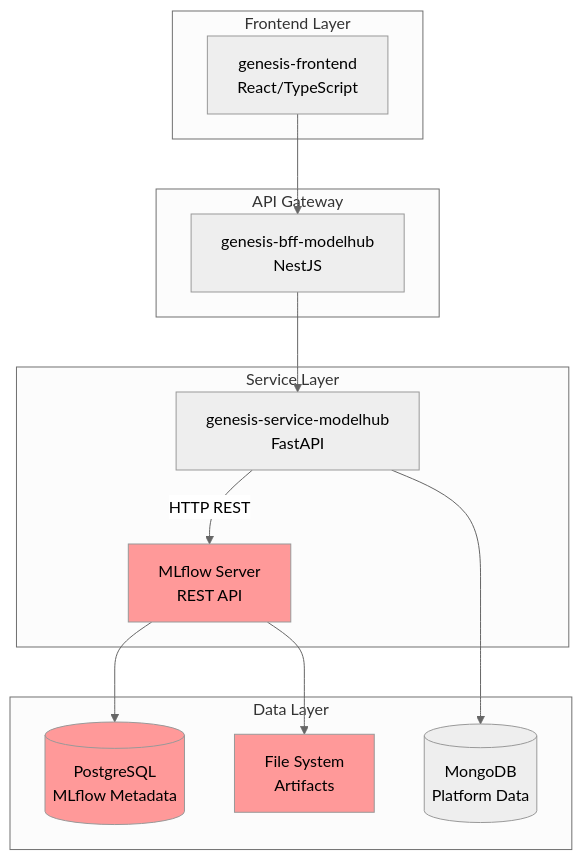
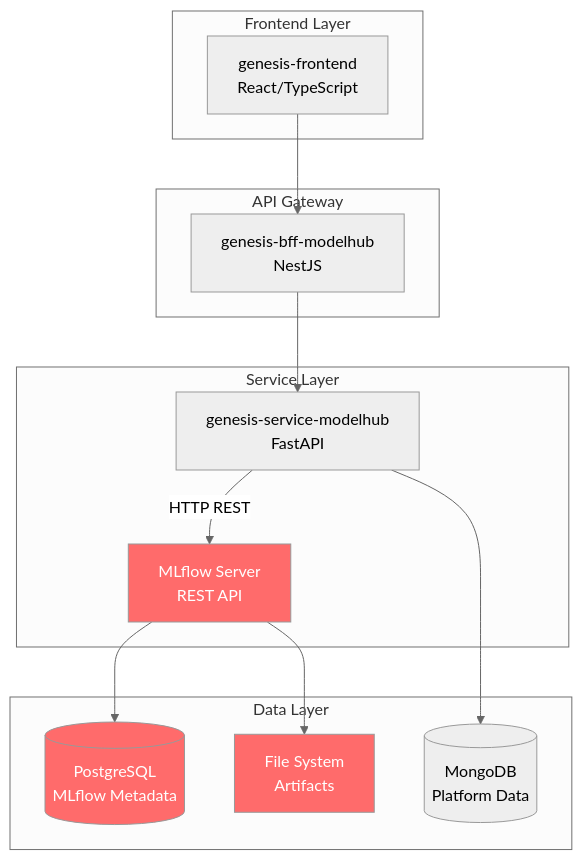
The first of 15 diagrams in GENESIS_FLOW_ARCHITECTURE.md (mlflow/mlflow), drawn with Mermaid (neutral theme) before and after one commit. The commit also changed other lines of this file and 1 other file, not shown here.

First line of the commit message:
Simplify microservices architecture and improve diagram visibility

````diff
--- a/GENESIS_FLOW_ARCHITECTURE.md
+++ b/GENESIS_FLOW_ARCHITECTURE.md
@@ -11,32 +11,32 @@
 ```mermaid
 graph TB
     subgraph "Frontend Layer"
         F[genesis-frontend<br/>React/TypeScript]
     end
     
     subgraph "API Gateway"
         BFF[genesis-bff-modelhub<br/>NestJS]
     end
     
     subgraph "Service Layer"
         MS[genesis-service-modelhub<br/>FastAPI]
         MLFS[MLflow Server<br/>REST API]
     end
     
     subgraph "Data Layer"
         PG[(PostgreSQL<br/>MLflow Metadata)]
         FS[File System<br/>Artifacts]
         MONGO[(MongoDB<br/>Platform Data)]
     end
     
     F --> BFF
     BFF --> MS
     MS -->|HTTP REST| MLFS
     MLFS --> PG
     MLFS --> FS
     MS --> MONGO
     
-    style MLFS fill:#ff9999
-    style PG fill:#ff9999
-    style FS fill:#ff9999
+    style MLFS fill:#ff6b6b,color:#fff
+    style PG fill:#ff6b6b,color:#fff
+    style FS fill:#ff6b6b,color:#fff
 ```
````
